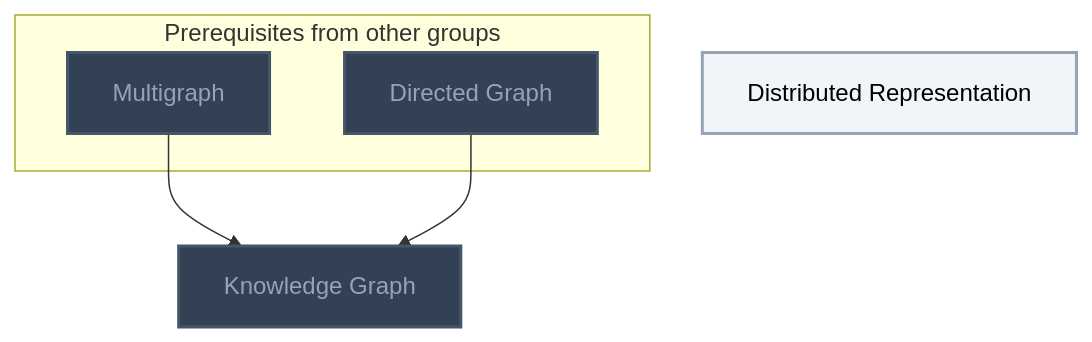
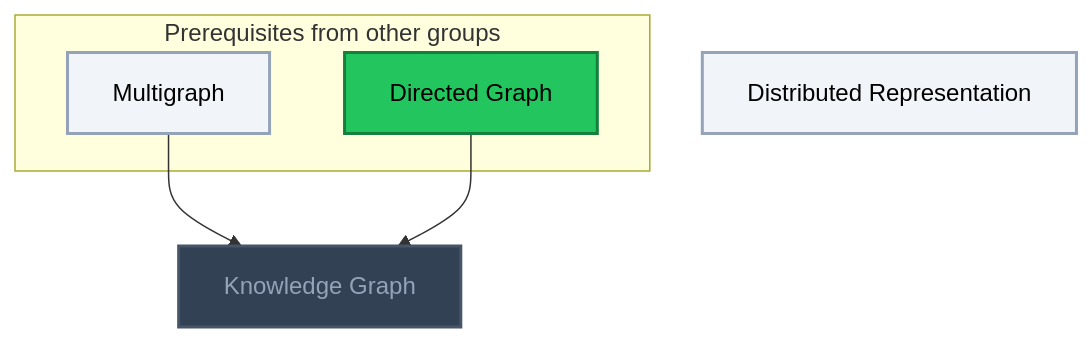
Before and after one commit to MRauf1/My-Notes: the fourth of 4 diagrams in Gamification/Skill Trees/Artificial Intelligence.md, drawn with Mermaid. The commit also changed other lines of this file and 145 other files, not shown here.

````diff
--- a/Gamification/Skill Trees/Artificial Intelligence.md
+++ b/Gamification/Skill Trees/Artificial Intelligence.md
@@ -163,23 +164,24 @@
 ```mermaid
 flowchart TD
     classDef planned fill:#1E293B,stroke:#64748B,stroke-width:2px,stroke-dasharray:5 5,color:#94A3B8;
     classDef locked fill:#334155,stroke:#475569,stroke-width:2px,color:#94A3B8;
     classDef L0 fill:#F1F5F9,stroke:#94A3B8,stroke-width:2px,color:#000000;
     classDef L1 fill:#22C55E,stroke:#15803D,stroke-width:2px,color:#000000;
     classDef L2 fill:#3B82F6,stroke:#1D4ED8,stroke-width:3px,color:#FFFFFF;
     classDef L3 fill:#A855F7,stroke:#6B21A8,stroke-width:3px,color:#FFFFFF,font-weight:bold;
     classDef L4 fill:#F97316,stroke:#C2410C,stroke-width:4px,color:#000000,font-weight:bold;
     classDef L5 fill:#FFD700,stroke:#FF8C00,stroke-width:5px,color:#000000,font-weight:bold;
     classDef rusty stroke:#8B4513,stroke-width:4px,stroke-dasharray:3 3;
     subgraph sg_prereqs["Prerequisites from other groups"]
         n_multigraph["Multigraph"]
         n_directed_graph["Directed Graph"]
     end
     n_distributed_representation["Distributed Representation"]
     n_knowledge_graph["Knowledge Graph"]
     n_multigraph --> n_knowledge_graph
     n_directed_graph --> n_knowledge_graph
-    class n_multigraph,n_directed_graph,n_knowledge_graph locked;
-    class n_distributed_representation L0;
+    class n_knowledge_graph locked;
+    class n_multigraph,n_distributed_representation L0;
+    class n_directed_graph L1;
     class n_multigraph,n_directed_graph,n_distributed_representation,n_knowledge_graph internal-link;
 ```
````
